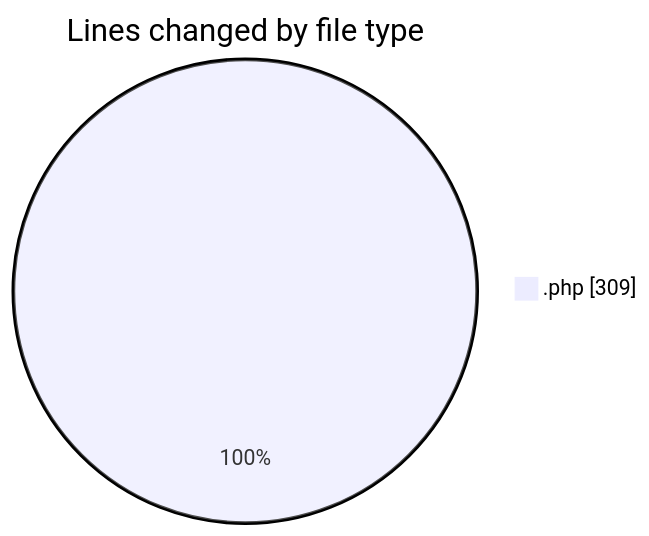
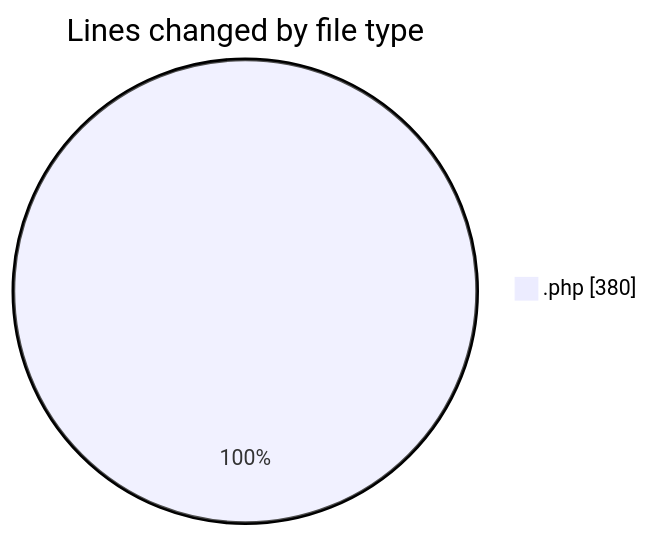
One commit to LanceThiago/code-tracking changed the first of 2 diagrams in 2025-01-22/oficina/README.md. Above: the diagram before and after it, drawn with Mermaid. The commit also changed other lines of this file and 1 other file, not shown here.

````diff
--- a/2025-01-22/oficina/README.md
+++ b/2025-01-22/oficina/README.md
@@ -21,5 +21,5 @@
 ```mermaid
 pie showData
 title Lines changed by file type
-".php" : 309
+".php" : 380
 ```
````
